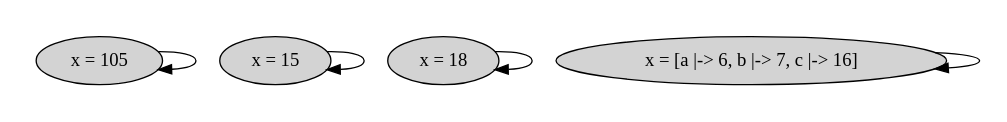
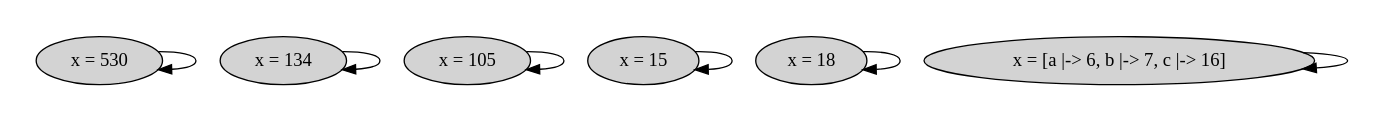
Before and after one commit to will62794/tla-web: the diagram in specs/with_state_graphs/simple_letin.tla.dot, drawn with Graphviz. The commit also changed 6 other files, not shown here.

```diff
--- a/specs/with_state_graphs/simple_letin.tla.dot
+++ b/specs/with_state_graphs/simple_letin.tla.dot
@@ -1,15 +1,19 @@
 strict digraph DiskGraph {
 nodesep=0.35;
 subgraph cluster_graph {
 color="white";
 -6236049847382918084 [label="x = [a |-> 6, b |-> 7, c |-> 16]",style = filled]
 -8796416551377027776 [label="x = 18",style = filled]
 3264821330489916307 [label="x = 15",style = filled]
 -8498723013506653393 [label="x = 105",style = filled]
+-3409073668851933181 [label="x = 134",style = filled]
+7534261035216288626 [label="x = 530",style = filled]
 -6236049847382918084 -> -6236049847382918084 [label="",color="black",fontcolor="black"];
 -8796416551377027776 -> -8796416551377027776 [label="",color="black",fontcolor="black"];
 3264821330489916307 -> 3264821330489916307 [label="",color="black",fontcolor="black"];
 -8498723013506653393 -> -8498723013506653393 [label="",color="black",fontcolor="black"];
-{rank = same; -6236049847382918084;-8796416551377027776;3264821330489916307;-8498723013506653393;}
+-3409073668851933181 -> -3409073668851933181 [label="",color="black",fontcolor="black"];
+7534261035216288626 -> 7534261035216288626 [label="",color="black",fontcolor="black"];
+{rank = same; -6236049847382918084;7534261035216288626;-8796416551377027776;3264821330489916307;-8498723013506653393;-3409073668851933181;}
 }
 }
```
